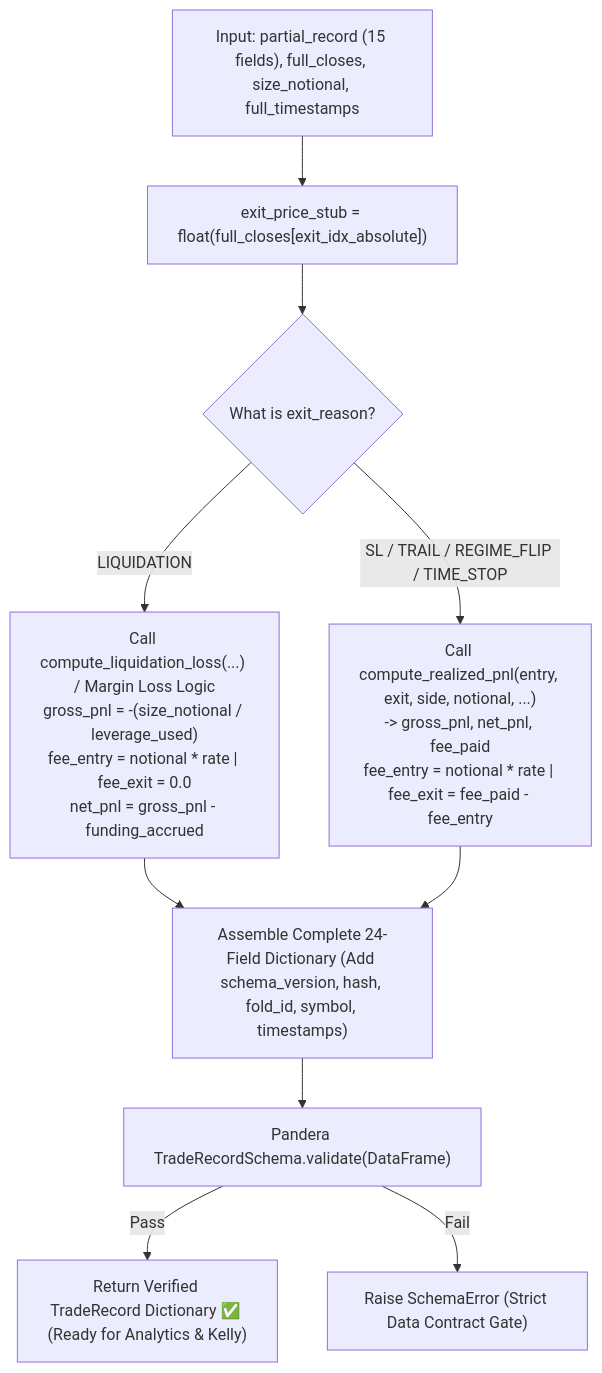
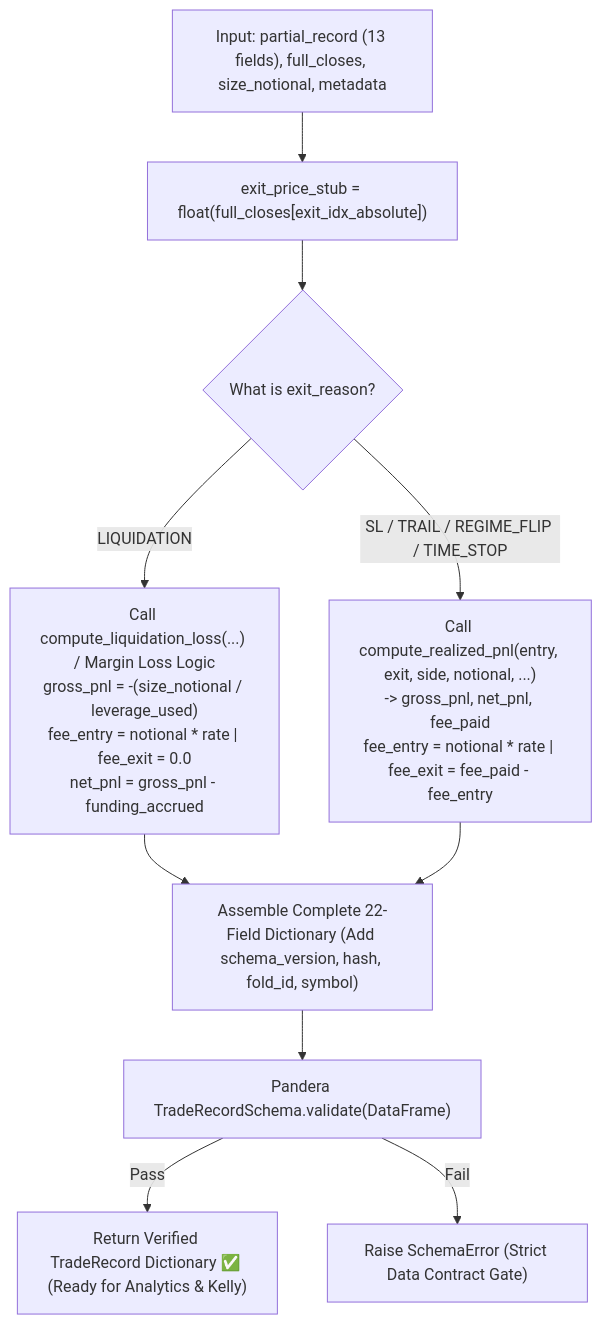
Diagram 13 of 14 in docs/engineering_audit_and_explanation_report.md (hoangcongly/1907TacticalAI), drawn with Mermaid before and after one commit. The commit also changed other lines of this file, not shown here.

````diff
--- a/docs/engineering_audit_and_explanation_report.md
+++ b/docs/engineering_audit_and_explanation_report.md
@@ -1048,16 +990,16 @@
 ```mermaid
 flowchart TD
-    In["Input: partial_record (15 fields), full_closes, size_notional, full_timestamps"] --> Lookup["exit_price_stub = float(full_closes[exit_idx_absolute])"]
+    In["Input: partial_record (13 fields), full_closes, size_notional, metadata"] --> Lookup["exit_price_stub = float(full_closes[exit_idx_absolute])"]
     Lookup --> Branch{"What is exit_reason?"}
     
     Branch -->|LIQUIDATION| LiqBranch["Call compute_liquidation_loss(...) / Margin Loss Logic<br/>gross_pnl = -(size_notional / leverage_used)<br/>fee_entry = notional * rate | fee_exit = 0.0<br/>net_pnl = gross_pnl - funding_accrued"]
     
     Branch -->|SL / TRAIL / REGIME_FLIP / TIME_STOP| NormalBranch["Call compute_realized_pnl(entry, exit, side, notional, ...)<br/>-> gross_pnl, net_pnl, fee_paid<br/>fee_entry = notional * rate | fee_exit = fee_paid - fee_entry"]
     
-    LiqBranch --> Assemble["Assemble Complete 24-Field Dictionary (Add schema_version, hash, fold_id, symbol, timestamps)"]
+    LiqBranch --> Assemble["Assemble Complete 22-Field Dictionary (Add schema_version, hash, fold_id, symbol)"]
     NormalBranch --> Assemble
     
     Assemble --> Validate["Pandera TradeRecordSchema.validate(DataFrame)"]
     Validate -->|Pass| Out["Return Verified TradeRecord Dictionary ✅ (Ready for Analytics & Kelly)"]
     Validate -->|Fail| SchemaErr["Raise SchemaError (Strict Data Contract Gate)"]
 ```
````
